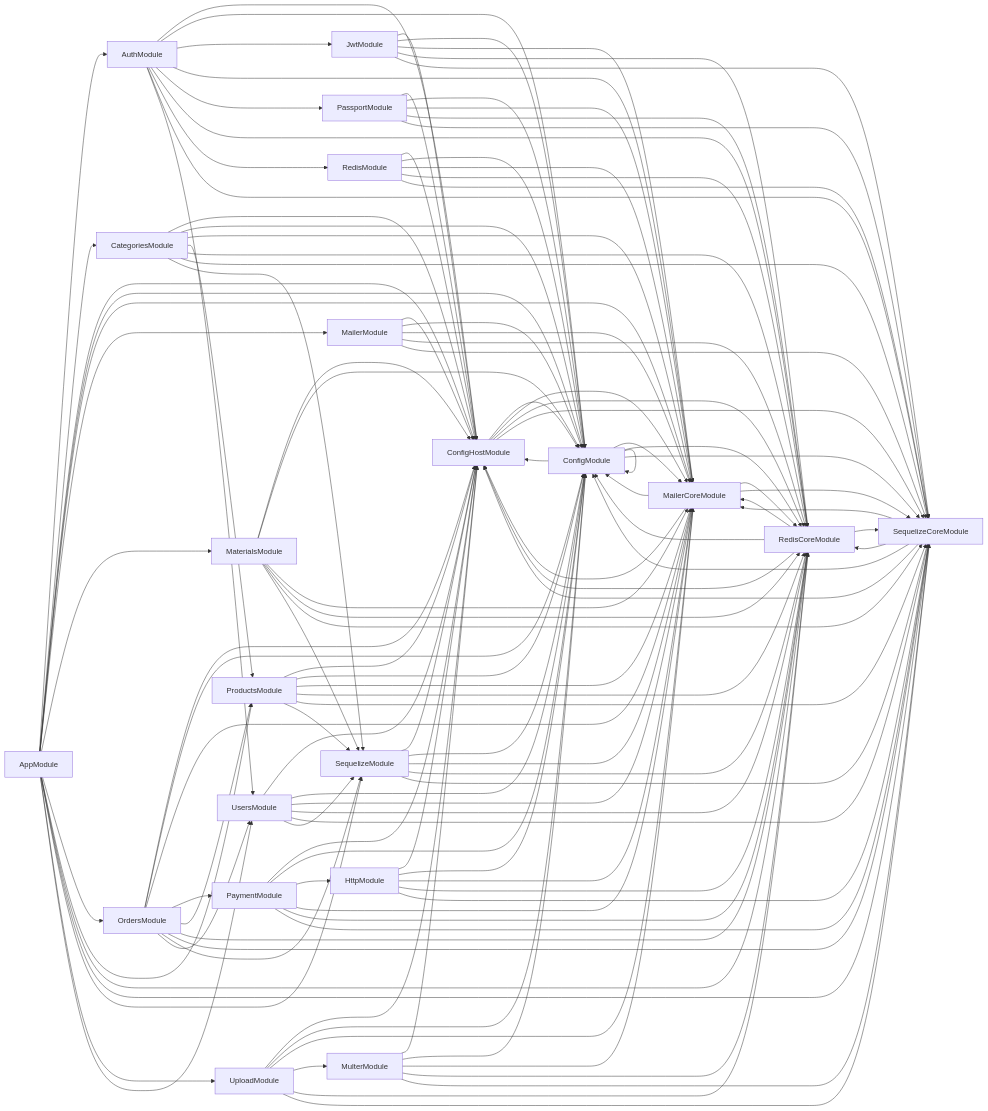
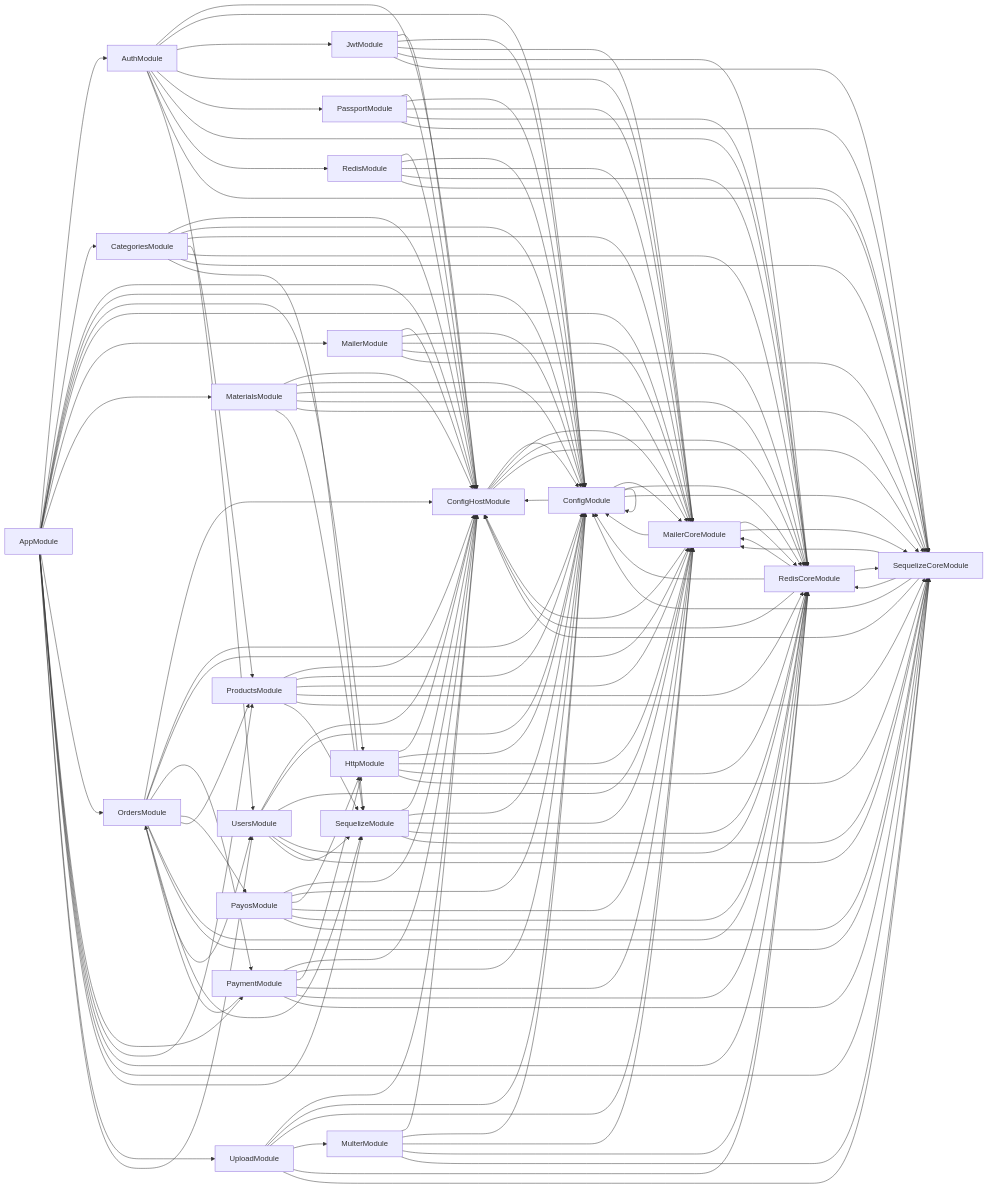
One commit to csc13001-kafi/csc13001-kafi-server changed the diagram in deps.mermaid. Above: the diagram before and after it, drawn with Mermaid. The commit also changed 10 other files, not shown here.

```diff
--- a/deps.mermaid
+++ b/deps.mermaid
@@ -1,126 +1,136 @@
 graph LR
     AppModule-->AuthModule
   AppModule-->CategoriesModule
   AppModule-->ConfigHostModule
   AppModule-->ConfigModule
+  AppModule-->HttpModule
   AppModule-->MailerCoreModule
   AppModule-->MailerModule
   AppModule-->MaterialsModule
   AppModule-->OrdersModule
+  AppModule-->PaymentModule
   AppModule-->ProductsModule
   AppModule-->RedisCoreModule
   AppModule-->SequelizeCoreModule
   AppModule-->SequelizeModule
   AppModule-->UploadModule
   AppModule-->UsersModule
   AuthModule-->ConfigHostModule
   AuthModule-->ConfigModule
   AuthModule-->JwtModule
   AuthModule-->MailerCoreModule
   AuthModule-->PassportModule
   AuthModule-->RedisCoreModule
   AuthModule-->RedisModule
   AuthModule-->SequelizeCoreModule
   AuthModule-->UsersModule
   CategoriesModule-->ConfigHostModule
   CategoriesModule-->ConfigModule
   CategoriesModule-->MailerCoreModule
   CategoriesModule-->ProductsModule
   CategoriesModule-->RedisCoreModule
   CategoriesModule-->SequelizeCoreModule
   CategoriesModule-->SequelizeModule
   ConfigHostModule-->ConfigModule
   ConfigHostModule-->MailerCoreModule
   ConfigHostModule-->RedisCoreModule
   ConfigHostModule-->SequelizeCoreModule
   ConfigModule-->ConfigHostModule
   ConfigModule-->ConfigModule
   ConfigModule-->MailerCoreModule
   ConfigModule-->RedisCoreModule
   ConfigModule-->SequelizeCoreModule
   HttpModule-->ConfigHostModule
   HttpModule-->ConfigModule
   HttpModule-->MailerCoreModule
   HttpModule-->RedisCoreModule
   HttpModule-->SequelizeCoreModule
   JwtModule-->ConfigHostModule
   JwtModule-->ConfigModule
   JwtModule-->MailerCoreModule
   JwtModule-->RedisCoreModule
   JwtModule-->SequelizeCoreModule
   MailerCoreModule-->ConfigHostModule
   MailerCoreModule-->ConfigModule
   MailerCoreModule-->RedisCoreModule
   MailerCoreModule-->SequelizeCoreModule
   MailerModule-->ConfigHostModule
   MailerModule-->ConfigModule
   MailerModule-->MailerCoreModule
   MailerModule-->RedisCoreModule
   MailerModule-->SequelizeCoreModule
   MaterialsModule-->ConfigHostModule
   MaterialsModule-->ConfigModule
   MaterialsModule-->MailerCoreModule
   MaterialsModule-->RedisCoreModule
   MaterialsModule-->SequelizeCoreModule
   MaterialsModule-->SequelizeModule
   MulterModule-->ConfigHostModule
   MulterModule-->ConfigModule
   MulterModule-->MailerCoreModule
   MulterModule-->RedisCoreModule
   MulterModule-->SequelizeCoreModule
   OrdersModule-->ConfigHostModule
   OrdersModule-->ConfigModule
   OrdersModule-->MailerCoreModule
   OrdersModule-->PaymentModule
+  OrdersModule-->PayosModule
   OrdersModule-->ProductsModule
   OrdersModule-->RedisCoreModule
   OrdersModule-->SequelizeCoreModule
   OrdersModule-->SequelizeModule
   OrdersModule-->UsersModule
   PassportModule-->ConfigHostModule
   PassportModule-->ConfigModule
   PassportModule-->MailerCoreModule
   PassportModule-->RedisCoreModule
   PassportModule-->SequelizeCoreModule
   PaymentModule-->ConfigHostModule
   PaymentModule-->ConfigModule
   PaymentModule-->HttpModule
   PaymentModule-->MailerCoreModule
+  PaymentModule-->OrdersModule
   PaymentModule-->RedisCoreModule
   PaymentModule-->SequelizeCoreModule
+  PayosModule-->ConfigHostModule
+  PayosModule-->ConfigModule
+  PayosModule-->HttpModule
+  PayosModule-->MailerCoreModule
+  PayosModule-->RedisCoreModule
+  PayosModule-->SequelizeCoreModule
   ProductsModule-->ConfigHostModule
   ProductsModule-->ConfigModule
   ProductsModule-->MailerCoreModule
   ProductsModule-->RedisCoreModule
   ProductsModule-->SequelizeCoreModule
   ProductsModule-->SequelizeModule
   RedisCoreModule-->ConfigHostModule
   RedisCoreModule-->ConfigModule
   RedisCoreModule-->MailerCoreModule
   RedisCoreModule-->SequelizeCoreModule
   RedisModule-->ConfigHostModule
   RedisModule-->ConfigModule
   RedisModule-->MailerCoreModule
   RedisModule-->RedisCoreModule
   RedisModule-->SequelizeCoreModule
   SequelizeCoreModule-->ConfigHostModule
   SequelizeCoreModule-->ConfigModule
   SequelizeCoreModule-->MailerCoreModule
   SequelizeCoreModule-->RedisCoreModule
   SequelizeModule-->ConfigHostModule
   SequelizeModule-->ConfigModule
   SequelizeModule-->MailerCoreModule
   SequelizeModule-->RedisCoreModule
   SequelizeModule-->SequelizeCoreModule
   UploadModule-->ConfigHostModule
   UploadModule-->ConfigModule
   UploadModule-->MailerCoreModule
   UploadModule-->MulterModule
   UploadModule-->RedisCoreModule
   UploadModule-->SequelizeCoreModule
   UsersModule-->ConfigHostModule
   UsersModule-->ConfigModule
   UsersModule-->MailerCoreModule
   UsersModule-->RedisCoreModule
   UsersModule-->SequelizeCoreModule
   UsersModule-->SequelizeModule
```
